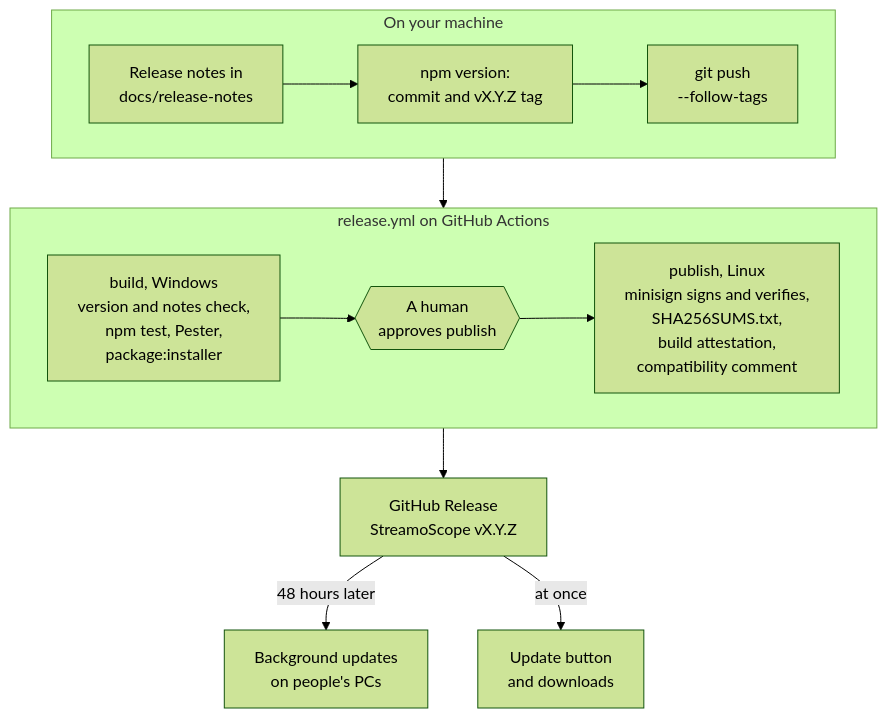
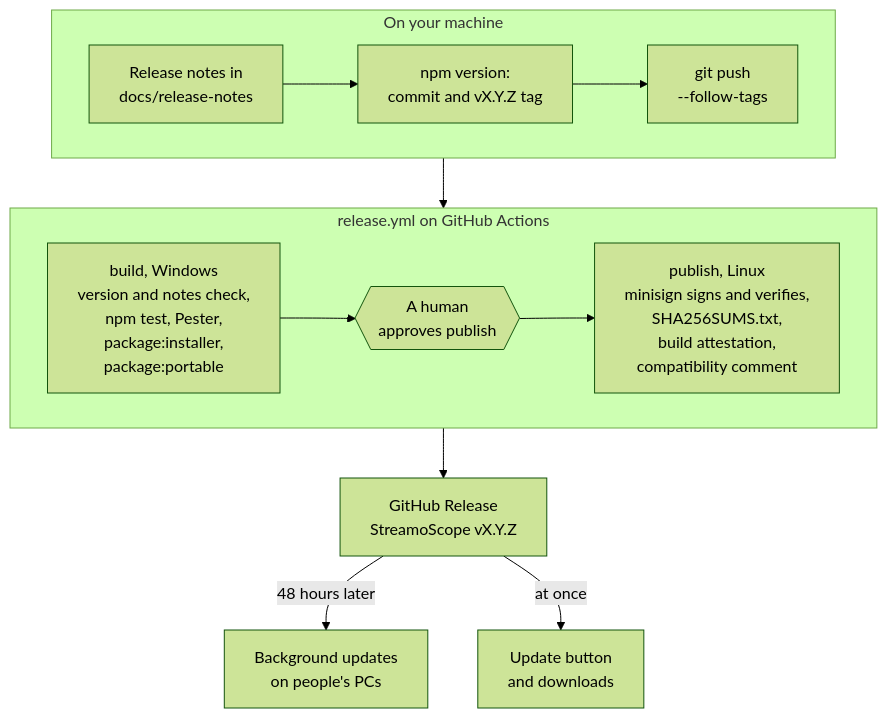
The first of 2 diagrams in docs/DEVELOPMENT.md (tjnk24/streamoscope), drawn with Mermaid (forest theme) before and after one commit. The commit also changed other lines of this file and 40 other files, not shown here.

````diff
--- a/docs/DEVELOPMENT.md
+++ b/docs/DEVELOPMENT.md
@@ -70,15 +71,15 @@
 ```mermaid
 flowchart TB
   subgraph local["On your machine"]
     direction LR
     notes["Release notes in<br>docs/release-notes"] --> bump["npm version:<br>commit and vX.Y.Z tag"] --> push["git push<br>--follow-tags"]
   end
   subgraph workflow["release.yml on GitHub Actions"]
     direction LR
-    build["build, Windows<br>version and notes check,<br>npm test, Pester,<br>package:installer"] --> approve{{"A human<br>approves publish"}} --> publish["publish, Linux<br>minisign signs and verifies,<br>SHA256SUMS.txt,<br>build attestation,<br>compatibility comment"]
+    build["build, Windows<br>version and notes check,<br>npm test, Pester,<br>package:installer,<br>package:portable"] --> approve{{"A human<br>approves publish"}} --> publish["publish, Linux<br>minisign signs and verifies,<br>SHA256SUMS.txt,<br>build attestation,<br>compatibility comment"]
   end
   local --> workflow
   workflow --> release["GitHub Release<br>StreamoScope vX.Y.Z"]
   release -- "48 hours later" --> background["Background updates<br>on people's PCs"]
   release -- "at once" --> manual["Update button<br>and downloads"]
 ```
````
